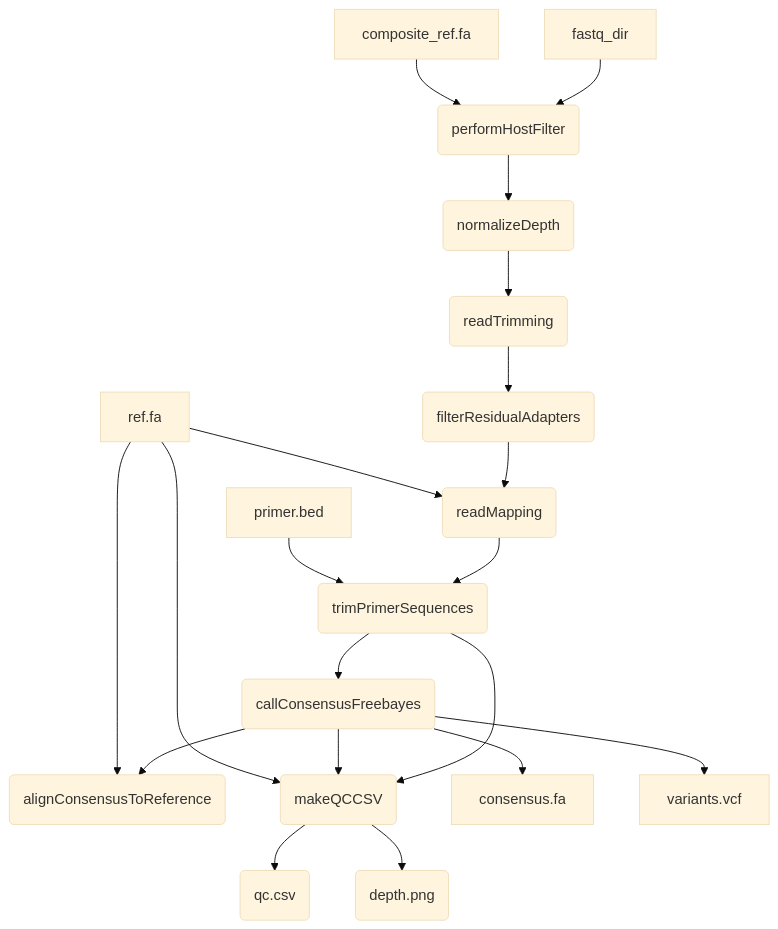
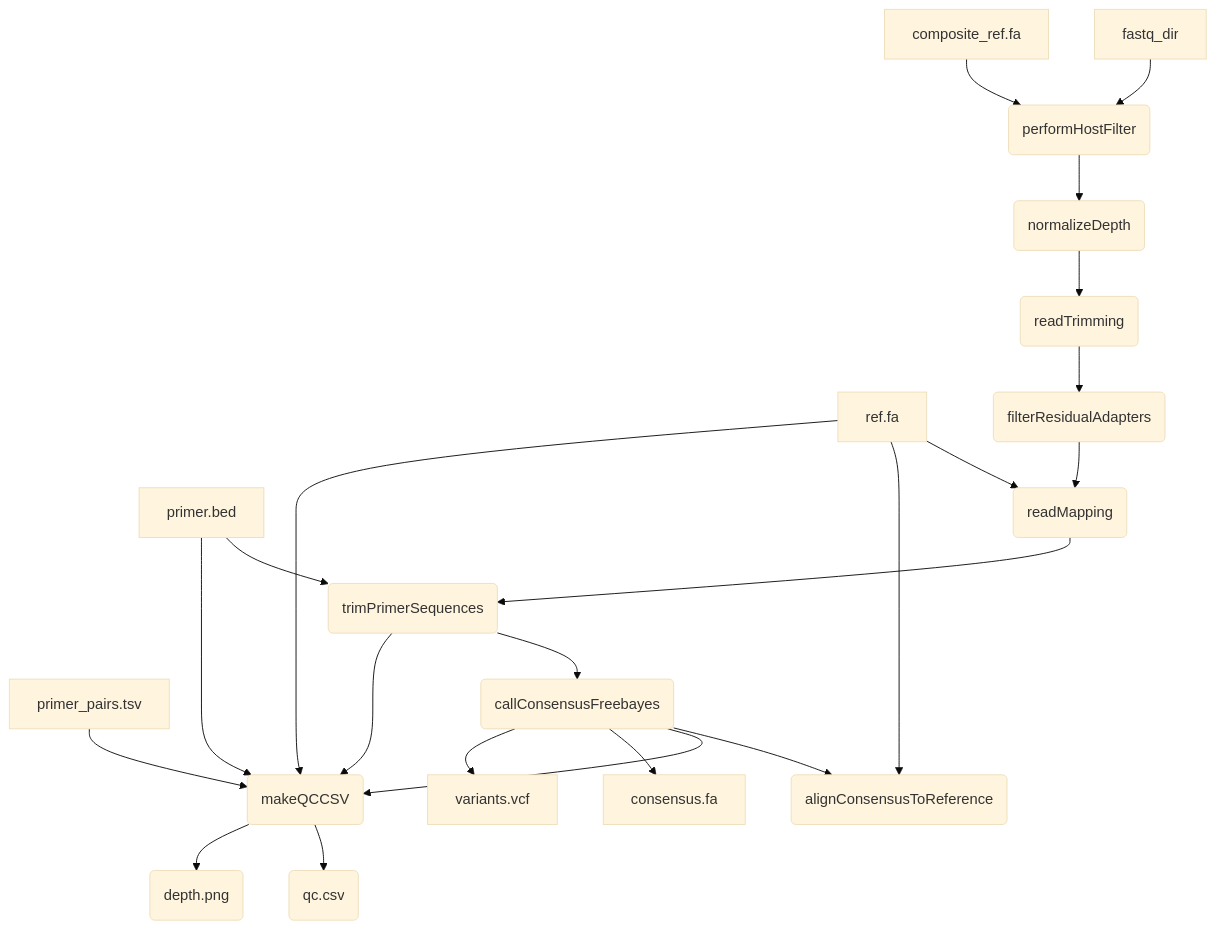
The diagram in README.md (BCCDC-PHL/mpxv-artic-nf), drawn with Mermaid (base theme) before and after one commit.

````diff
--- a/README.md
+++ b/README.md
@@ -10,26 +10,29 @@
 ```mermaid
 flowchart TD
   ref[ref.fa]
   composite_ref[composite_ref.fa]
   primers[primer.bed]
+  primer_pairs[primer_pairs.tsv]
   fastq[fastq_dir]
   fastq --> performHostFilter(performHostFilter)
   composite_ref --> performHostFilter
   performHostFilter(performHostFilter) --> normalizeDepth(normalizeDepth)
   readTrimming(readTrimming) --> filterResidualAdapters(filterResidualAdapters) 
   normalizeDepth(normalizeDepth) --> readTrimming(readTrimming)
   filterResidualAdapters --> readMapping(readMapping)
   ref --> readMapping(readMapping)
   readMapping(readMapping) --> trimPrimerSequences(trimPrimerSequences)
   primers --> trimPrimerSequences(trimPrimerSequences)
   trimPrimerSequences(trimPrimerSequences) --> callConsensusFreebayes(callConsensusFreebayes)
   callConsensusFreebayes(callConsensusFreebayes) --> alignConsensusToReference(alignConsensusToReference)
   ref --> alignConsensusToReference
   trimPrimerSequences --> makeQCCSV(makeQCCSV)
   callConsensusFreebayes --> makeQCCSV
   callConsensusFreebayes --> consensus[consensus.fa]
   callConsensusFreebayes --> variants[variants.vcf]
   ref --> makeQCCSV
+  primers --> makeQCCSV
+  primer_pairs --> makeQCCSV
   makeQCCSV --> qcCSV(qc.csv)
   makeQCCSV --> depthPNG(depth.png)
 ```
````
